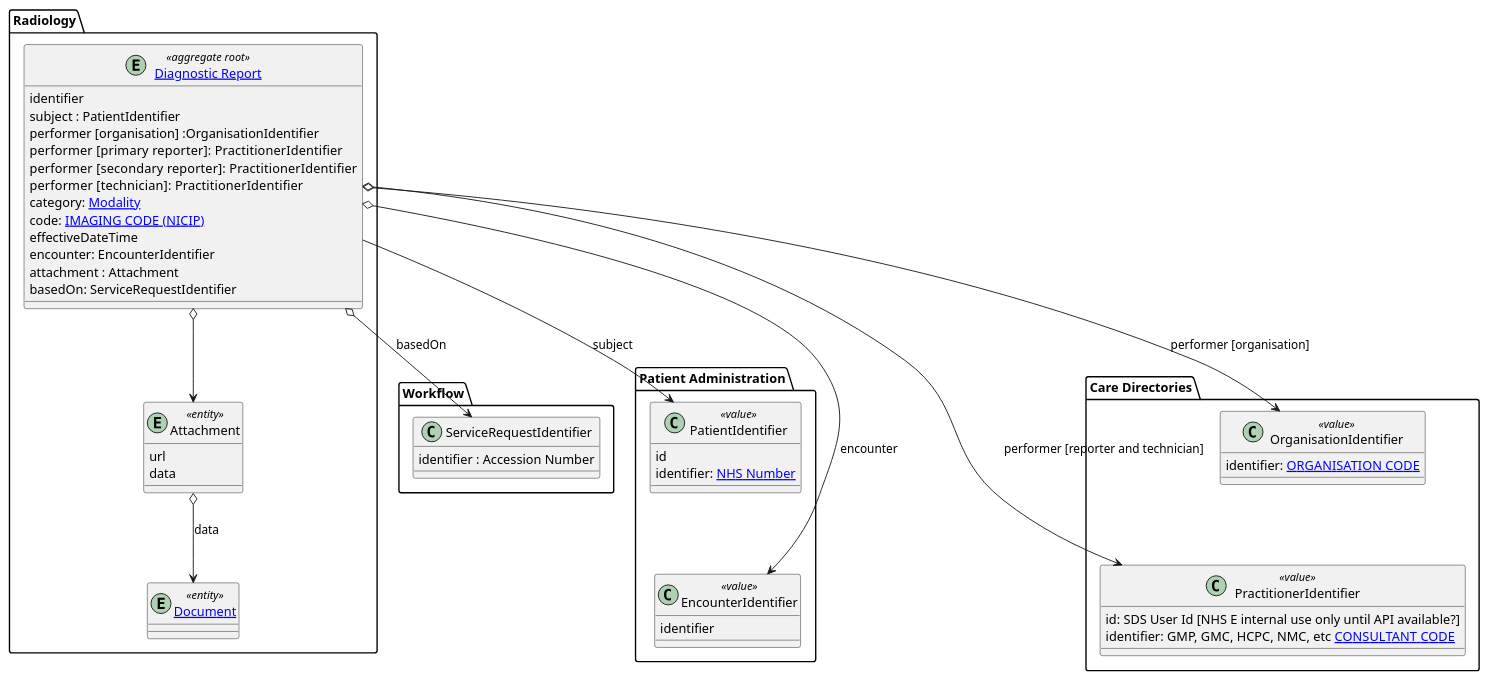
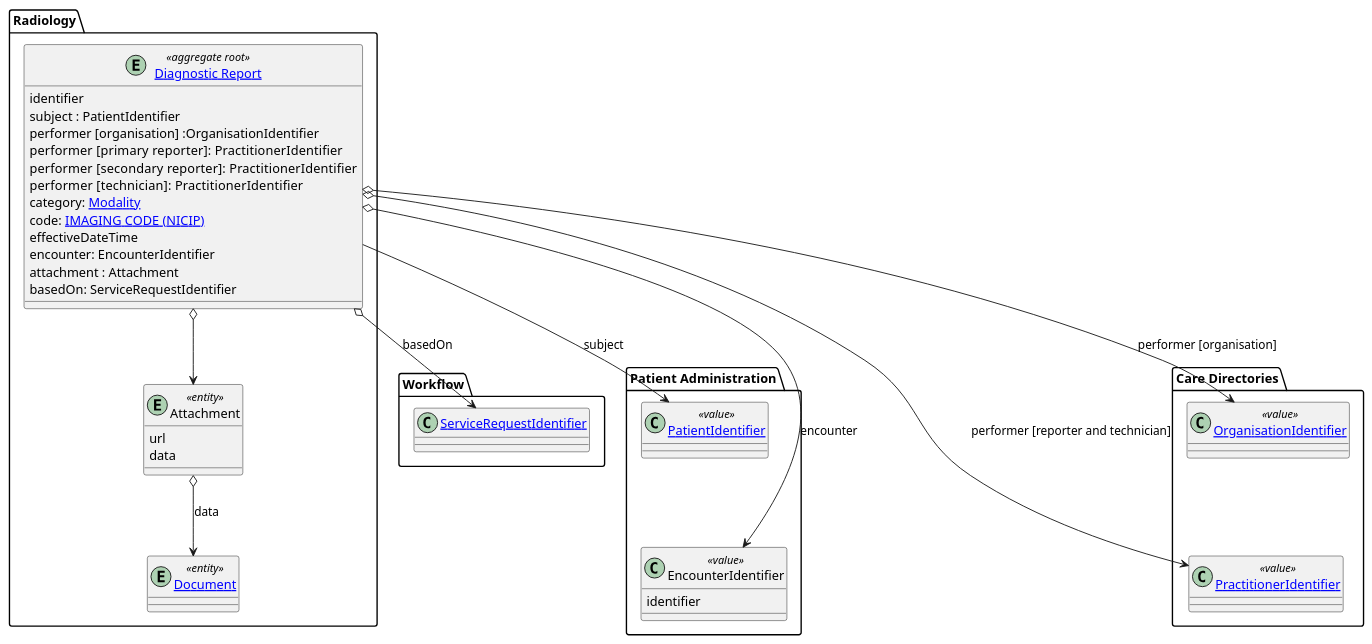
The diagram in input/images-source/entity-diagnostic-report.plantuml (NHSDigital/national-imaging-repository-specification), drawn with PlantUML before and after one commit. The commit also changed 1 other file, not shown here.

```diff
--- a/input/images-source/entity-diagnostic-report.plantuml
+++ b/input/images-source/entity-diagnostic-report.plantuml
@@ -1,88 +1,81 @@
 @startuml
 
 skinparam svgDimensionStyle false
 
 package healthdocuments as "Radiology" {
 
   entity "[[StructureDefinition-DiagnosticReport.html Diagnostic Report]]" as diagnosticReport  <<aggregate root>>  {
     identifier
     subject : PatientIdentifier
     performer [organisation] :OrganisationIdentifier
     performer [primary reporter]:   PractitionerIdentifier
     performer [secondary reporter]:   PractitionerIdentifier
     performer [technician]:   PractitionerIdentifier
     category: [[https://dicom.nema.org/medical/dicom/current/output/chtml/part16/sect_CID_29.html Modality]]
     code: [[https://www.datadictionary.nhs.uk/data_elements/imaging_code__nicip_.html IMAGING CODE (NICIP)]]
     effectiveDateTime
     encounter: EncounterIdentifier
     attachment : Attachment
     basedOn: ServiceRequestIdentifier
   }
 
   entity "Attachment" as attachment <<entity>> {
     url
     data
     }
 
   entity "[[StructureDefinition-Document.html Document]]" as Document <<entity>> {
   }
 
 
 
 }
 
 
 package Workflow {
-  class ServiceRequestIdentifier {
-    identifier : Accession Number
+  class "[[StructureDefinition-accession-number.html ServiceRequestIdentifier]]" as ServiceRequestIdentifier {
   }
 }
 
 package PatientAdministration as "Patient Administration" {
 
 
-
-  class PatientIdentifier <<value>> {
-    id
-    identifier: [[https://www.datadictionary.nhs.uk/data_elements/nhs_number.html NHS Number]]
+  class "[[StructureDefinition-patient-identifier.html PatientIdentifier]]" as PatientIdentifier <<value>> {
   }
 
 
 
   class EncounterIdentifier <<value>> {
     identifier
   }
 
   PatientIdentifier -d[hidden]- EncounterIdentifier
 }
 
 
 package directories as "Care Directories" {
 
-class OrganisationIdentifier <<value>> {
-  identifier: [[https://www.datadictionary.nhs.uk/attributes/organisation_code.html ORGANISATION CODE]]
+class "[[StructureDefinition-organisation-identifier.html OrganisationIdentifier]]" as OrganisationIdentifier <<value>> {
 }
 
-class PractitionerIdentifier <<value>>  {
-id: SDS User Id [NHS E internal use only until API available?]
-identifier: GMP, GMC, HCPC, NMC, etc [[https://www.datadictionary.nhs.uk/data_elements/consultant_code.html CONSULTANT CODE]]
+class "[[StructureDefinition-practitioner-identifier.html PractitionerIdentifier]]" as PractitionerIdentifier <<value>>  {
 }
 
   OrganisationIdentifier -d[hidden]- PractitionerIdentifier
 
 }
 
 
   diagnosticReport o--> attachment
 
   attachment o--> Document : data
 
 
   diagnosticReport -d-> PatientIdentifier : subject
   diagnosticReport o--> EncounterIdentifier: encounter
   diagnosticReport o-d-> OrganisationIdentifier : performer [organisation]
   diagnosticReport o--> PractitionerIdentifier: performer [reporter and technician]
   diagnosticReport o--> ServiceRequestIdentifier: basedOn
 
 
 @enduml
```
